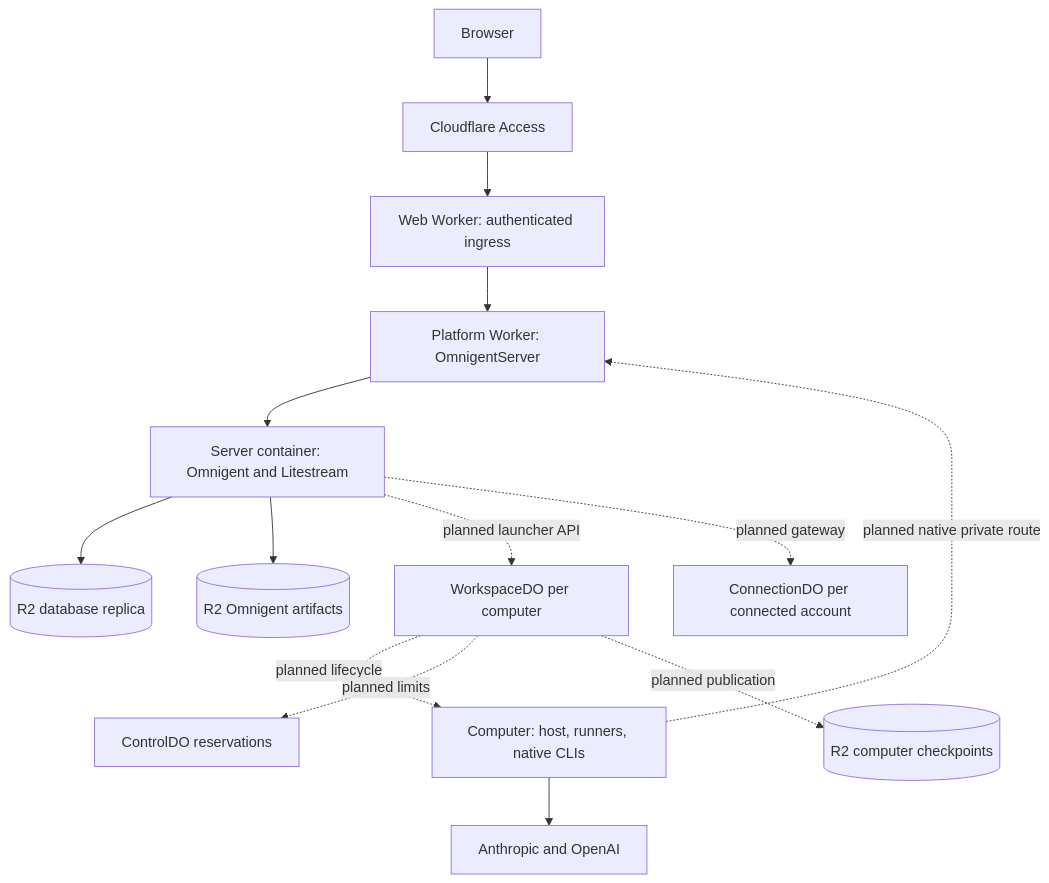
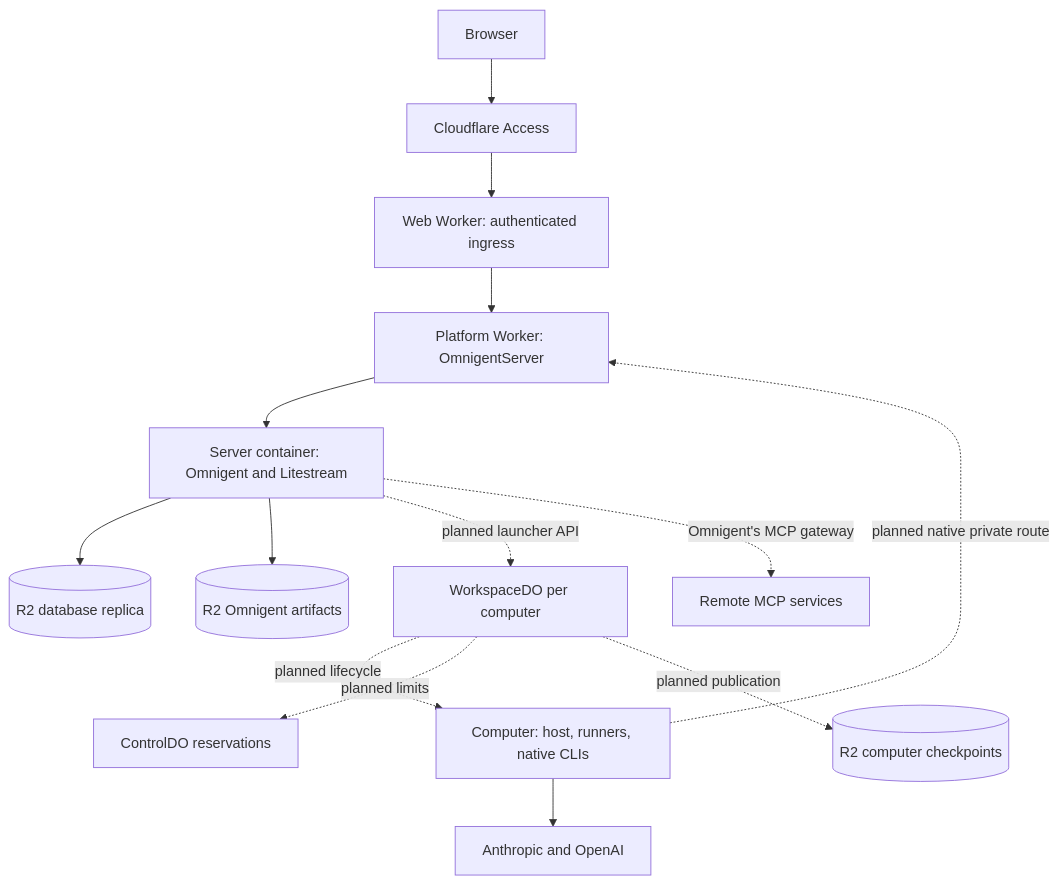
The diagram in docs/architecture.md (LouisLotter/cloudflare-omnigent), drawn with Mermaid before and after one commit. The commit also changed other lines of this file and 11 other files, not shown here.

First line of the commit message:
Docs: connected accounts through Omnigent's MCP registry (WP5.10)

````diff
--- a/docs/architecture.md
+++ b/docs/architecture.md
@@ -21,16 +21,16 @@
 ```mermaid
 flowchart TD
   Person[Browser] --> Access[Cloudflare Access]
   Access --> Web[Web Worker: authenticated ingress]
   Web --> ServerDO[Platform Worker: OmnigentServer]
   ServerDO --> Server[Server container: Omnigent and Litestream]
   Server --> Replica[(R2 database replica)]
   Server --> Artifacts[(R2 Omnigent artifacts)]
   Server -. planned launcher API .-> Workspace[WorkspaceDO per computer]
   Workspace -. planned lifecycle .-> Computer[Computer: host, runners, native CLIs]
   Computer -. planned native private route .-> ServerDO
   Computer --> Models[Anthropic and OpenAI]
   Workspace -. planned limits .-> Control[ControlDO reservations]
   Workspace -. planned publication .-> Saves[(R2 computer checkpoints)]
-  Server -. planned gateway .-> Connections[ConnectionDO per connected account]
+  Server -. Omnigent's MCP gateway .-> MCP[Remote MCP services]
 ```
````
